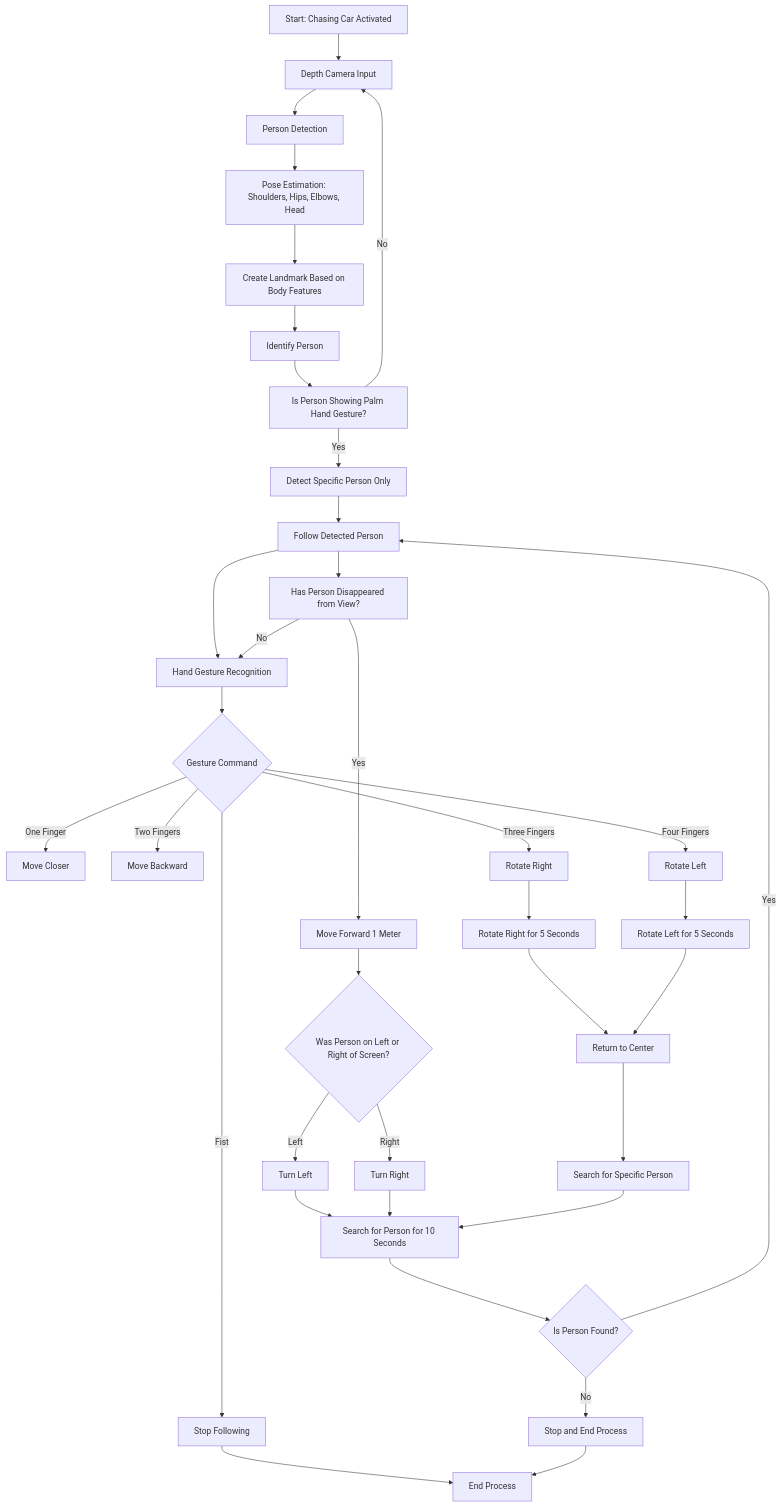
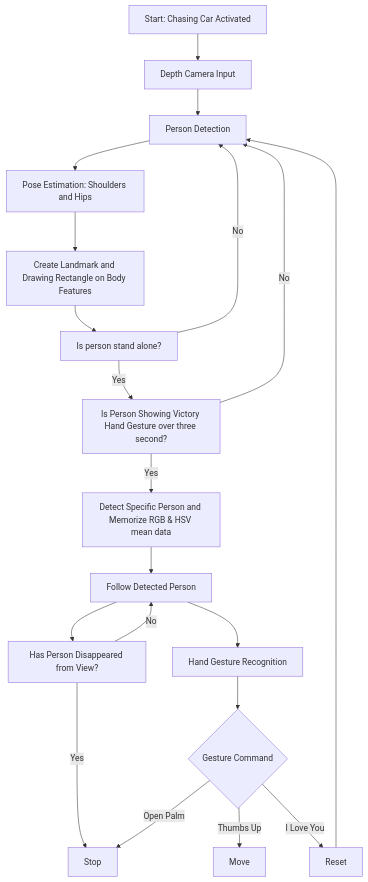
Before and after one commit to KEG012/openvino-AI-project: the second of 2 diagrams in README.md, drawn with Mermaid.

````diff
--- a/README.md
+++ b/README.md
@@ -34,38 +34,22 @@
 ```mermaid
 flowchart TD
     A[Start: Chasing Car Activated] --> B[Depth Camera Input]
     B --> C[Person Detection]
-    C --> D[Pose Estimation: Shoulders, Hips, Elbows, Head]
-    D --> E[Create Landmark Based on Body Features]
-    E --> F[Identify Person]
-    F --> G[Is Person Showing Palm Hand Gesture?]
-    G -- Yes --> H[Detect Specific Person Only]
+    C --> D[Pose Estimation: Shoulders and Hips]
+    D --> E[Create Landmark and Drawing Rectangle on Body Features]
+    E --> F[Is person stand alone?]
+    F -- Yes --> G[Is Person Showing Victory Hand Gesture over three second?]
+    F -- No --> C
+    G -- Yes --> H[Detect Specific Person and Memorize RGB & HSV mean data]
+    G -- No --> C
     H --> I[Follow Detected Person]
-    G -- No --> B
     I --> J[Hand Gesture Recognition]
+    I --> Q[Has Person Disappeared from View?]
+    Q -- Yes --> M[Stop]
+    Q -- No --> I
     J --> K{Gesture Command}
-    K -- One Finger --> L[Move Closer]
-    K -- Two Fingers --> M[Move Backward]
-    K -- Three Fingers --> N[Rotate Right]
-    K -- Four Fingers --> O[Rotate Left]
-    K -- Fist --> P[Stop Following]
-    P --> End[End Process]
-    
-    I --> Q[Has Person Disappeared from View?]
-    Q -- Yes --> R[Move Forward 1 Meter]
-    R --> S{Was Person on Left or Right of Screen?}
-    S -- Left --> T[Turn Left]
-    S -- Right --> U[Turn Right]
-    T --> V[Search for Person for 10 Seconds]
-    U --> V[Search for Person for 10 Seconds]
-    V --> W{Is Person Found?}
-    W -- Yes --> I
-    W -- No --> X[Stop and End Process]
-    X --> End
-    Q -- No --> J
-    
-    N --> Y[Rotate Right for 5 Seconds] --> Z[Return to Center]
-    O --> AA[Rotate Left for 5 Seconds] --> Z[Return to Center]
-    Z --> AB[Search for Specific Person]
-    AB --> V
+    K -- Open Palm --> M[Stop]
+    K -- Thumbs Up--> N[Move]
+    K -- I Love You --> L[Reset]
+    L --> C
 ```
````
